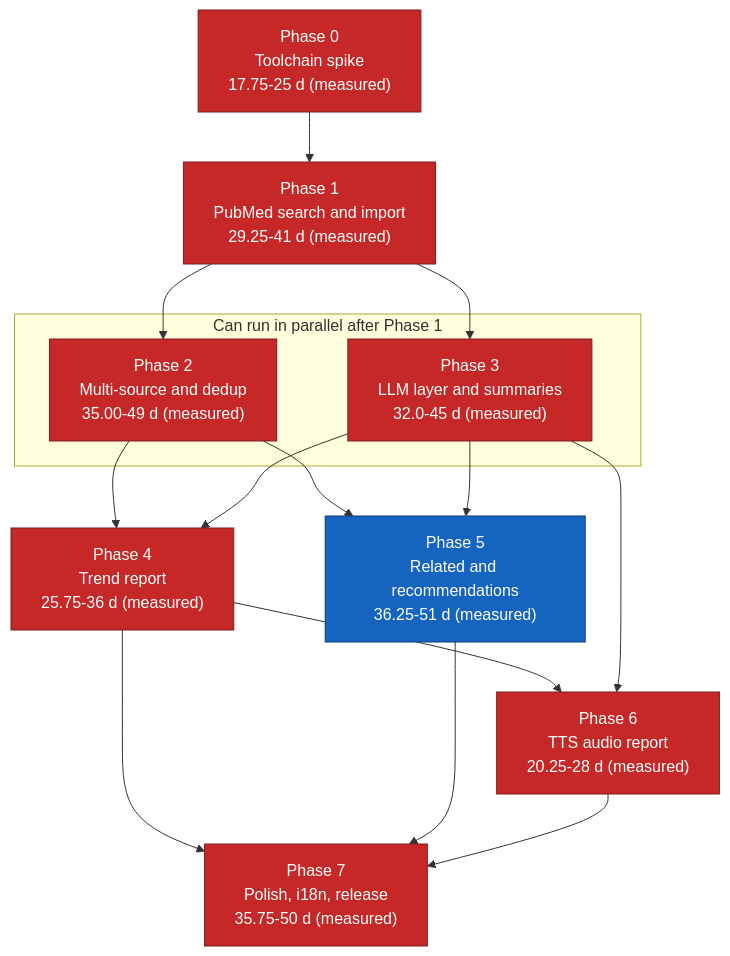
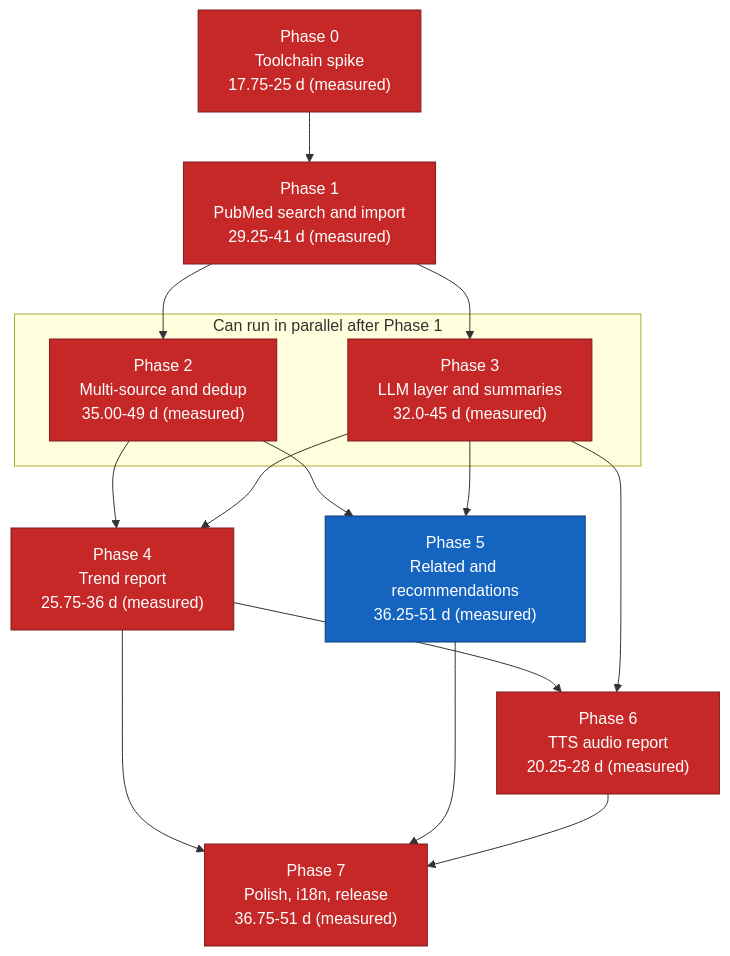
One commit to suppakoko/research_helper changed the diagram in docs/11-implementation-roadmap.md. Above: the diagram before and after it, drawn with Mermaid. The commit also changed other lines of this file and 14 other files, not shown here.

````diff
--- a/docs/11-implementation-roadmap.md
+++ b/docs/11-implementation-roadmap.md
@@ -327,34 +327,34 @@
 ```mermaid
 graph TD
     P0["Phase 0<br/>Toolchain spike<br/>17.75-25 d (measured)"]
     P1["Phase 1<br/>PubMed search and import<br/>29.25-41 d (measured)"]
     P2["Phase 2<br/>Multi-source and dedup<br/>35.00-49 d (measured)"]
     P3["Phase 3<br/>LLM layer and summaries<br/>32.0-45 d (measured)"]
     P4["Phase 4<br/>Trend report<br/>25.75-36 d (measured)"]
     P5["Phase 5<br/>Related and recommendations<br/>36.25-51 d (measured)"]
     P6["Phase 6<br/>TTS audio report<br/>20.25-28 d (measured)"]
-    P7["Phase 7<br/>Polish, i18n, release<br/>35.75-50 d (measured)"]
+    P7["Phase 7<br/>Polish, i18n, release<br/>36.75-51 d (measured)"]
 
     P0 --> P1
     P1 --> P2
     P1 --> P3
     P2 --> P4
     P3 --> P4
     P2 --> P5
     P3 --> P5
     P4 --> P6
     P3 --> P6
     P4 --> P7
     P5 --> P7
     P6 --> P7
 
     subgraph parallel["Can run in parallel after Phase 1"]
         P2
         P3
     end
 
     classDef critical fill:#c62828,stroke:#7f1d1d,color:#ffffff
     classDef normal fill:#1565c0,stroke:#0d3c73,color:#ffffff
     class P0,P1,P2,P3,P4,P6,P7 critical
     class P5 normal
 ```
````
